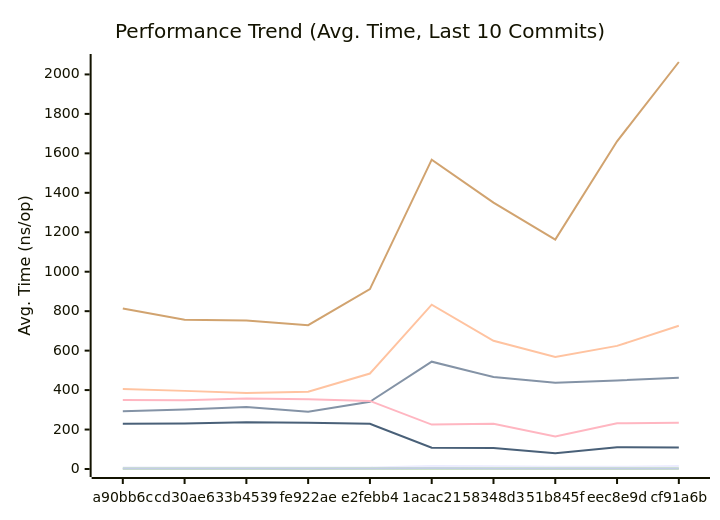
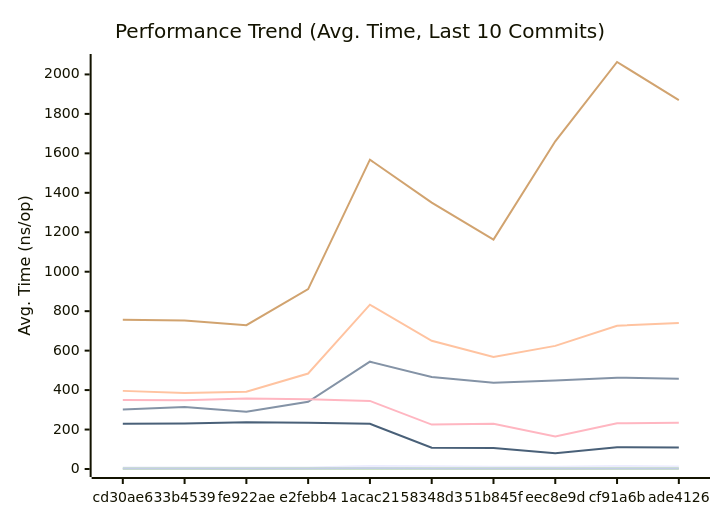
Before and after one commit to alsotoes/momo: the first of 3 diagrams in docs/PERFORMANCE.md, drawn with Mermaid. The commit also changed other lines of this file and 1 other file, not shown here.

````diff
--- a/docs/PERFORMANCE.md
+++ b/docs/PERFORMANCE.md
@@ -80,16 +80,16 @@
 ```mermaid
 xychart-beta
     title "Performance Trend (Avg. Time, Last 10 Commits)"
     x-axis "Commit"
     y-axis "Avg. Time (ns/op)"
-    x-axis [a90bb6c,cd30ae6,33b4539,fe922ae,e2febb4,1acac21,58348d3,51b845f,eec8e9d,cf91a6b]
-    line "CheckMetricsAndSwap" [8,8,8,8,8,15,14,11,11,15]
-    line "CrushOptimized" [293,302,314,290,341,544,466,437,449,463]
-    line "CrushOriginal" [405,396,385,392,484,833,650,568,624,726]
-    line "IndexDirectTracking" [0,0,0,0,1,1,1,0,0,1]
-    line "IndexSearch" [2,2,2,2,2,3,2,2,2,2]
-    line "LoadGlobalConfig" [814,756,753,729,912,1568,1350,1163,1661,2063]
-    line "PadString" [2,2,2,2,2,4,3,2,3,3]
+    x-axis [cd30ae6,33b4539,fe922ae,e2febb4,1acac21,58348d3,51b845f,eec8e9d,cf91a6b,ade4126]
+    line "CheckMetricsAndSwap" [8,8,8,8,15,14,11,11,15,13]
+    line "CrushOptimized" [302,314,290,341,544,466,437,449,463,458]
+    line "CrushOriginal" [396,385,392,484,833,650,568,624,726,740]
+    line "IndexDirectTracking" [0,0,0,1,1,1,0,0,1,1]
+    line "IndexSearch" [2,2,2,2,3,2,2,2,2,2]
+    line "LoadGlobalConfig" [756,753,729,912,1568,1350,1163,1661,2063,1870]
+    line "PadString" [2,2,2,2,4,3,2,3,3,3]
     line "ParseReplicationOrder_NoPrealloc" [350,349,357,354,345,225,229,165,232,234]
     line "ParseReplicationOrder_Prealloc" [229,231,237,234,229,108,107,80,110,109]
 ```
````
